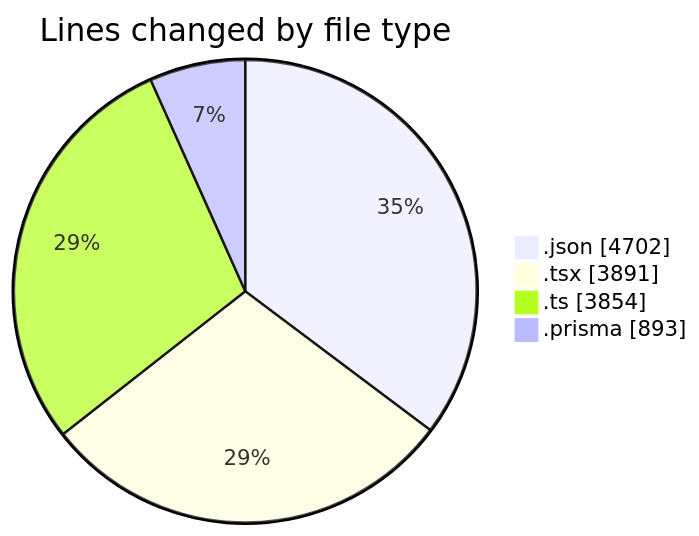
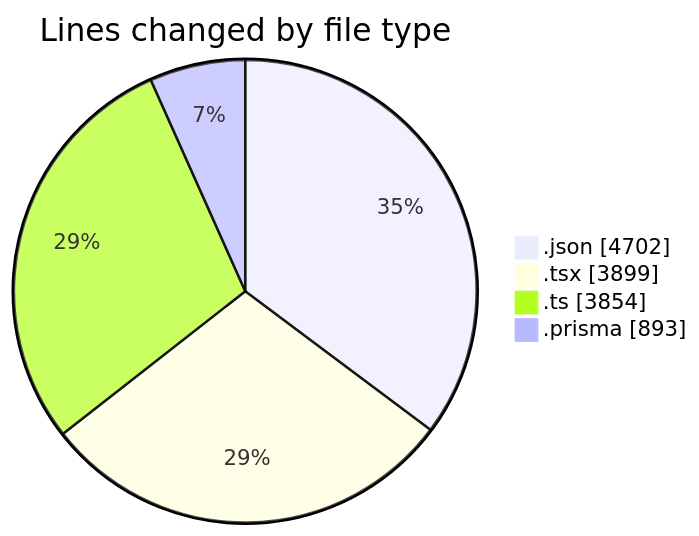
The first of 2 diagrams in 2025-05-05/ecodeli/README.md (CELIANVF/code-tracking), drawn with Mermaid before and after one commit. The commit also changed other lines of this file and 1 other file, not shown here.

````diff
--- a/2025-05-05/ecodeli/README.md
+++ b/2025-05-05/ecodeli/README.md
@@ -49,8 +49,8 @@
 ```mermaid
 pie showData
 title Lines changed by file type
 ".json" : 4702
-".tsx" : 3891
+".tsx" : 3899
 ".ts" : 3854
 ".prisma" : 893
 ```
````
